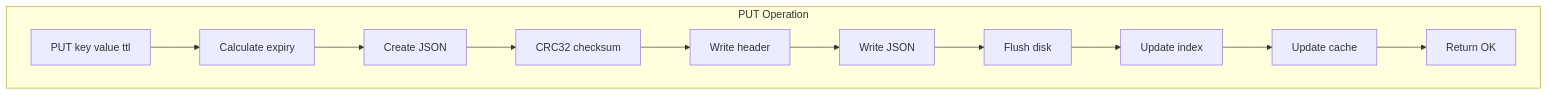
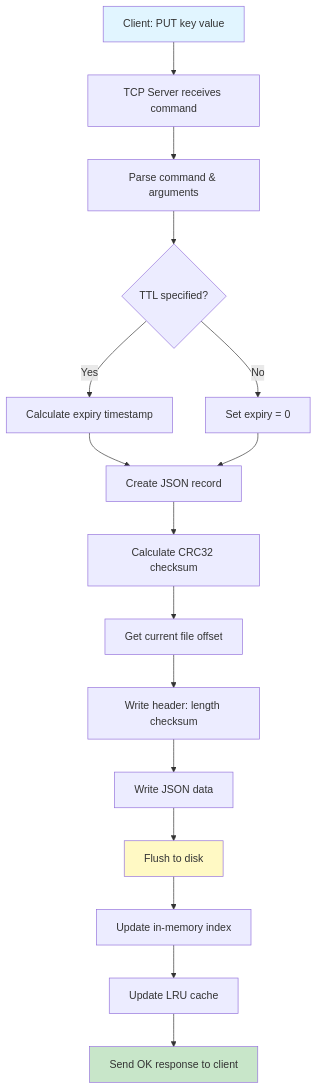
One commit to SurajAkhuli/BitPyStore changed the first of 5 diagrams in README.md. Above: the diagram before and after it, drawn with Mermaid. The commit also changed other lines of this file, not shown here.

````diff
--- a/README.md
+++ b/README.md
@@ -318,25 +239,22 @@
 ```mermaid
-graph TD
-    subgraph "PUT Operation"
-        P1[PUT key value ttl]
-        P2[Calculate expiry]
-        P3[Create JSON]
-        P4[CRC32 checksum]
-        P5[Write header]
-        P6[Write JSON]
-        P7[Flush disk]
-        P8[Update index]
-        P9[Update cache]
-        P10[Return OK]
-        
-        P1 --> P2
-        P2 --> P3
-        P3 --> P4
-        P4 --> P5
-        P5 --> P6
-        P6 --> P7
-        P7 --> P8
-        P8 --> P9
-        P9 --> P10
-    end
+flowchart TD
+    A[Client: PUT key value] --> B[TCP Server receives command]
+    B --> C[Parse command & arguments]
+    C --> D{TTL specified?}
+    D -->|Yes| E[Calculate expiry timestamp]
+    D -->|No| F[Set expiry = 0]
+    E --> G[Create JSON record]
+    F --> G
+    G --> H[Calculate CRC32 checksum]
+    H --> I[Get current file offset]
+    I --> J[Write header: length checksum]
+    J --> K[Write JSON data]
+    K --> L[Flush to disk]
+    L --> M[Update in-memory index]
+    M --> N[Update LRU cache]
+    N --> O[Send OK response to client]
+    
+    style A fill:#e1f5ff
+    style O fill:#c8e6c9
+    style L fill:#fff9c4
 ```
````
